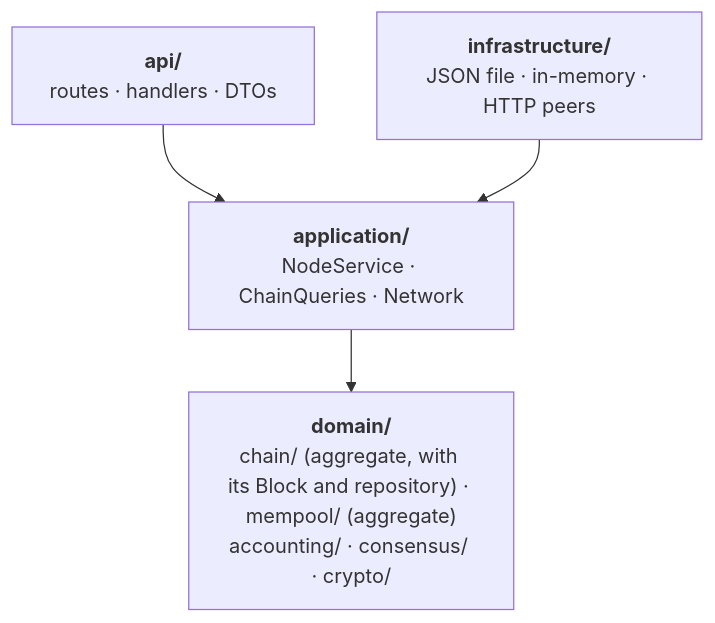
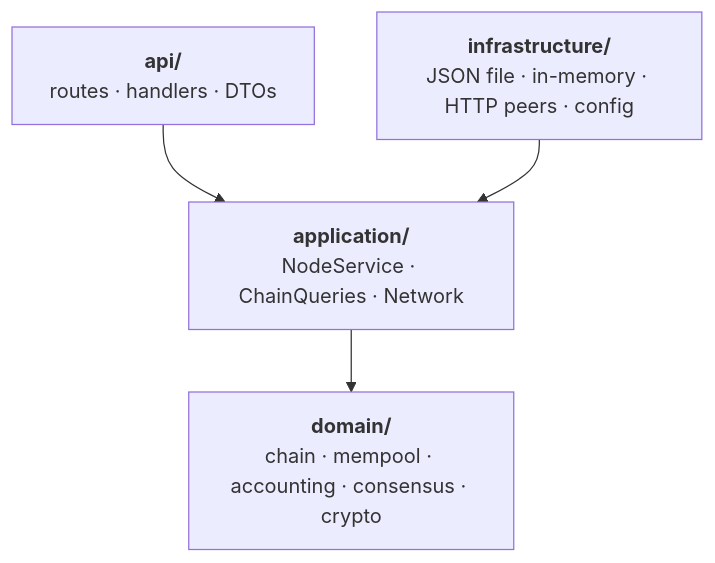
The second of 2 diagrams in README.md (alex-quiterio/blockchain-rs), drawn with Mermaid before and after one commit. The commit also changed other lines of this file and 1 other file, not shown here.

First line of the commit message:
Give the web UI its own README, and slim the main one down

````diff
--- a/README.md
+++ b/README.md
@@ -221,7 +117,7 @@
 ```mermaid
 flowchart TB
     api["<b>api/</b><br/>routes · handlers · DTOs"] --> app
-    infra["<b>infrastructure/</b><br/>JSON file · in-memory · HTTP peers"] --> app
+    infra["<b>infrastructure/</b><br/>JSON file · in-memory · HTTP peers · config"] --> app
     app["<b>application/</b><br/>NodeService · ChainQueries · Network"] --> domain
-    domain["<b>domain/</b><br/>chain/ (aggregate, with its Block and repository) · mempool/ (aggregate)<br/>accounting/ · consensus/ · crypto/"]
+    domain["<b>domain/</b><br/>chain · mempool · accounting · consensus · crypto"]
 ```
````
